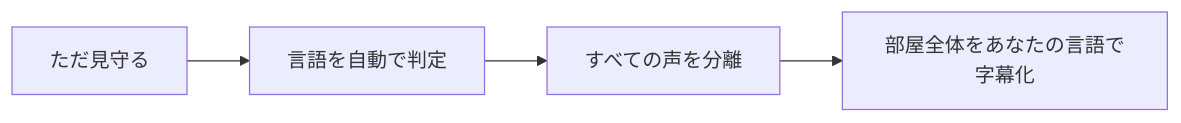
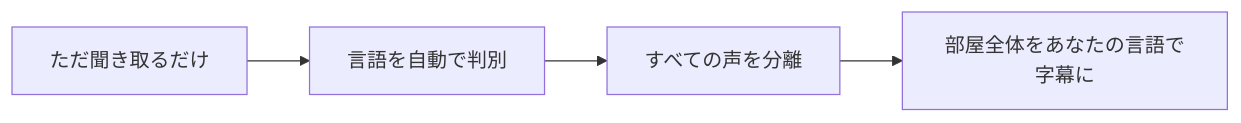
One commit to rpalm01-star/VigilantEarLegal changed the first of 4 diagrams in README_ja.md. Above: the diagram before and after it, drawn with Mermaid. The commit also changed other lines of this file and 29 other files, not shown here.

````diff
--- a/README_ja.md
+++ b/README_ja.md
@@ -62,4 +65,4 @@
 ```mermaid
 graph LR
-    A["ただ見守る"] --> B["言語を自動で判定"] --> C["すべての声を分離"] --> D["部屋全体をあなたの言語で字幕化"]
+    A["ただ聞き取るだけ"] --> B["言語を自動で判別"] --> C["すべての声を分離"] --> D["部屋全体をあなたの言語で字幕に"]
 ```
````
